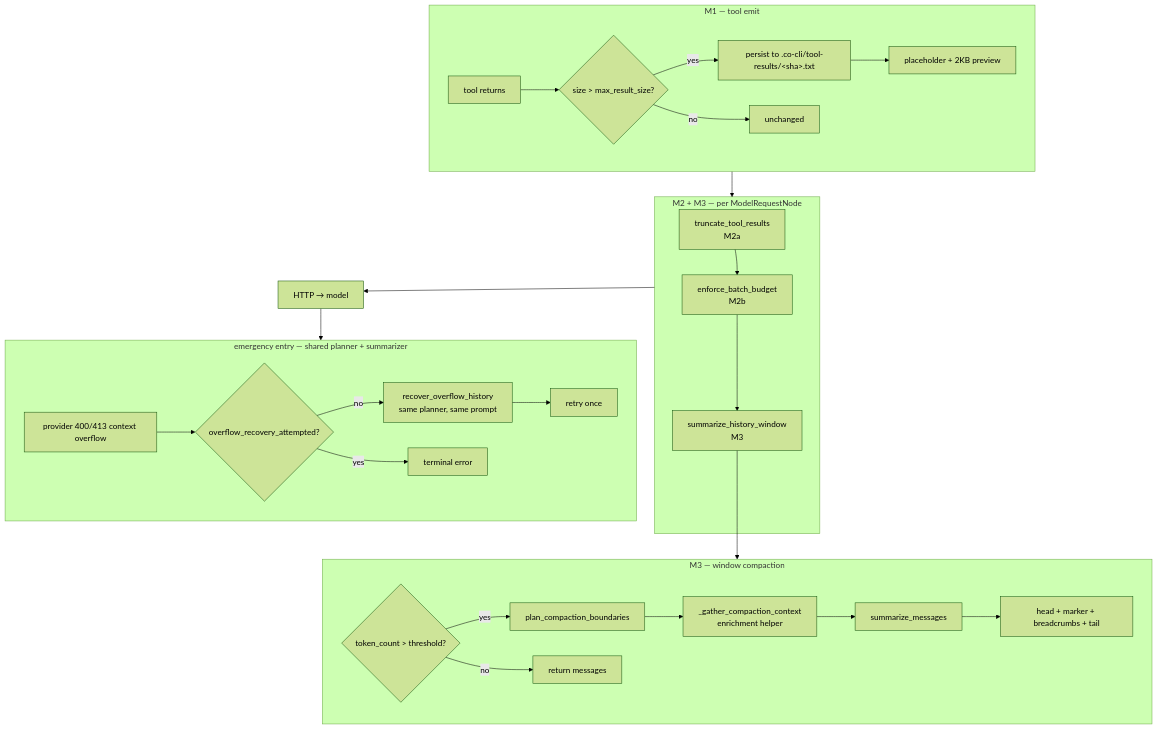
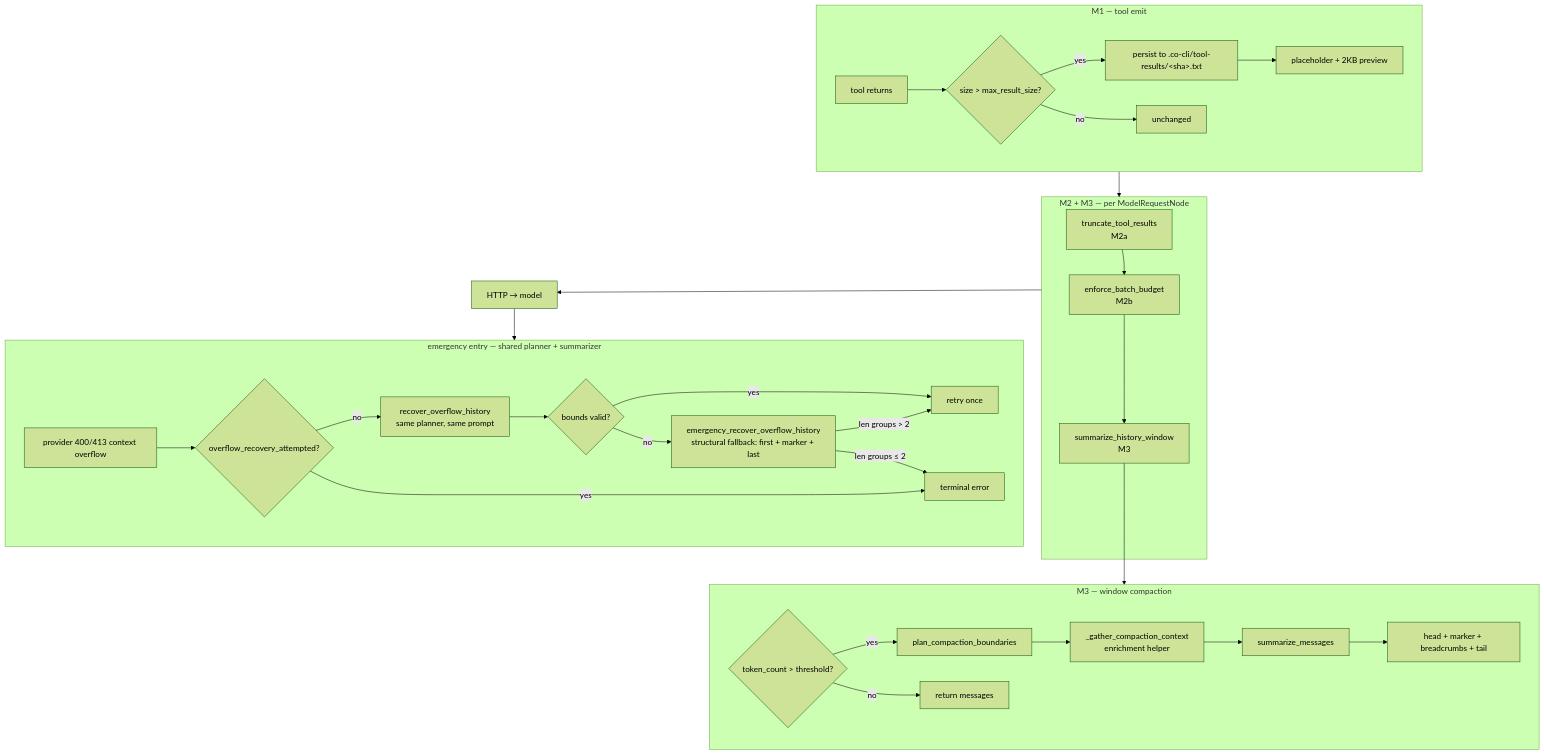
Before and after one commit to binlecode/co-cli: the first of 7 diagrams in docs/specs/compaction.md, drawn with Mermaid (forest theme). The commit also changed other lines of this file and 7 other files, not shown here.

````diff
--- a/docs/specs/compaction.md
+++ b/docs/specs/compaction.md
@@ -59,42 +59,48 @@
 ```mermaid
 flowchart TD
     subgraph Emit["M1 — tool emit"]
         T[tool returns]
         T --> S{size &gt; max_result_size?}
         S -->|yes| P[persist to .co-cli/tool-results/&lt;sha&gt;.txt]
         P --> Ph[placeholder + 2KB preview]
         S -->|no| Pass[unchanged]
     end
 
     subgraph PerReq["M2 + M3 — per ModelRequestNode"]
         R1[truncate_tool_results<br/>M2a]
         R1b[enforce_batch_budget<br/>M2b]
         R5[summarize_history_window<br/>M3]
         R1 --> R1b --> R5
     end
 
     subgraph Window["M3 — window compaction"]
         T1{token_count &gt; threshold?}
         T2[plan_compaction_boundaries]
         T3[_gather_compaction_context<br/>enrichment helper]
         T4[summarize_messages]
         T5[head + marker + breadcrumbs + tail]
         T1 -->|yes| T2 --> T3 --> T4 --> T5
         T1 -->|no| Pass2[return messages]
     end
 
     subgraph Overflow["emergency entry — shared planner + summarizer"]
         O1[provider 400/413 context overflow]
         O2{overflow_recovery_attempted?}
         O3[recover_overflow_history<br/>same planner, same prompt]
+        O3b{bounds valid?}
+        O3c[emergency_recover_overflow_history<br/>structural fallback: first + marker + last]
         O4[retry once]
         O1 --> O2
-        O2 -->|no| O3 --> O4
-        O2 -->|yes| O6[terminal error]
+        O2 -->|no| O3 --> O3b
+        O3b -->|yes| O4
+        O3b -->|no| O3c
+        O3c -->|len groups &gt; 2| O4
+        O3c -->|len groups ≤ 2| O6[terminal error]
+        O2 -->|yes| O6
     end
 
     Emit --> PerReq
     R5 --> Window
     PerReq --> HTTP[HTTP → model]
     HTTP --> Overflow
 ```
````
